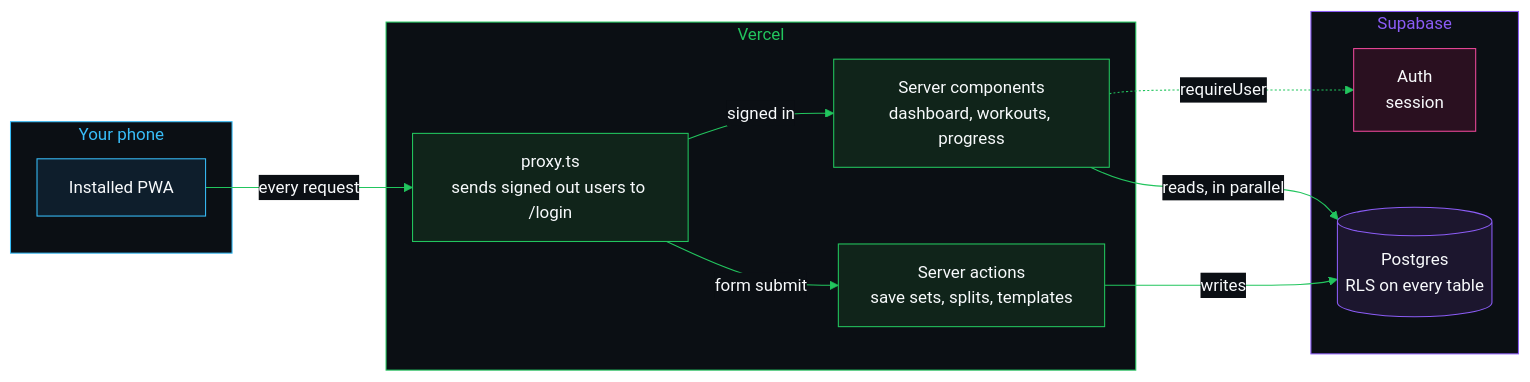
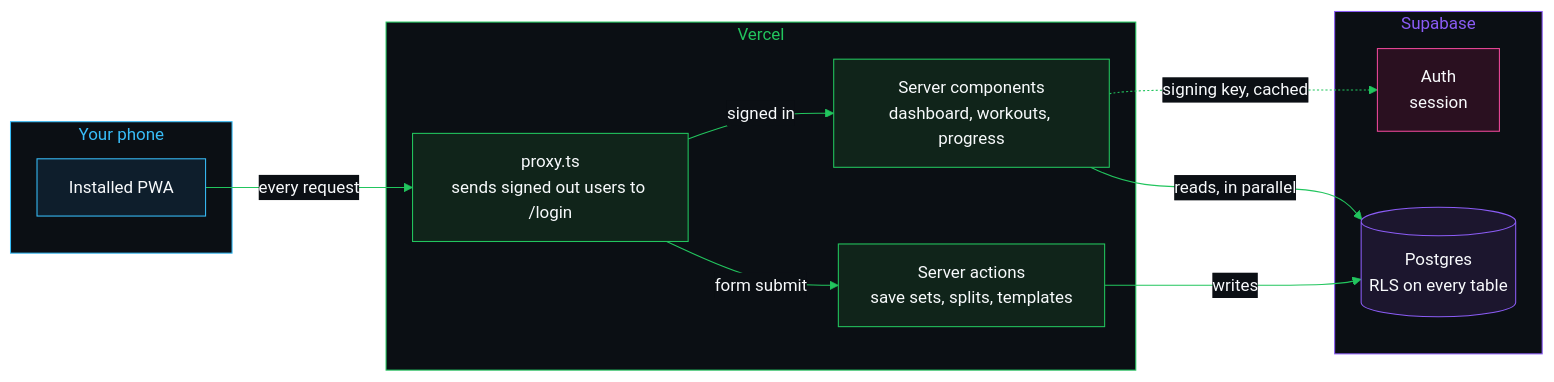
One commit to divyanshjoshii/workout-tracker changed the diagram in README.md. Above: the diagram before and after it, drawn with Mermaid. The commit also changed 19 other files, not shown here.

````diff
--- a/README.md
+++ b/README.md
@@ -39,36 +39,36 @@
 ```mermaid
 %%{init: {"theme": "base", "themeVariables": {"background": "#0B0F14", "primaryColor": "#151A21", "primaryTextColor": "#F8FAFC", "primaryBorderColor": "#22C55E", "lineColor": "#22C55E", "secondaryColor": "#1E293B", "tertiaryColor": "#0B0F14", "textColor": "#F8FAFC", "edgeLabelBackground": "#0B0F14", "clusterBkg": "#0B0F14", "clusterBorder": "#1E293B", "titleColor": "#F8FAFC"}}}%%
 %% palette 219897bf
 flowchart LR
     subgraph device ["Your phone"]
         PWA["Installed PWA"]
     end
     subgraph vercel ["Vercel"]
         Proxy["proxy.ts<br/>sends signed out users to /login"]
         Pages["Server components<br/>dashboard, workouts, progress"]
         Actions["Server actions<br/>save sets, splits, templates"]
     end
     subgraph supa ["Supabase"]
         Auth["Auth<br/>session"]
         DB[("Postgres<br/>RLS on every table")]
     end
 
     PWA -->|every request| Proxy
     Proxy -->|signed in| Pages
     Proxy -->|form submit| Actions
-    Pages -.->|requireUser| Auth
+    Pages -.->|signing key, cached| Auth
     Pages -->|reads, in parallel| DB
     Actions -->|writes| DB
 
     classDef phone fill:#0E1E2C,stroke:#38BDF8,color:#F8FAFC
     classDef server fill:#10241A,stroke:#22C55E,color:#F8FAFC
     classDef auth fill:#2A1020,stroke:#EC4899,color:#F8FAFC
     classDef db fill:#1C162E,stroke:#8B5CF6,color:#F8FAFC
     class PWA phone
     class Proxy,Pages,Actions server
     class Auth auth
     class DB db
     style device fill:#0B0F14,stroke:#38BDF8,color:#38BDF8
     style vercel fill:#0B0F14,stroke:#22C55E,color:#22C55E
     style supa fill:#0B0F14,stroke:#8B5CF6,color:#8B5CF6
 ```
````
